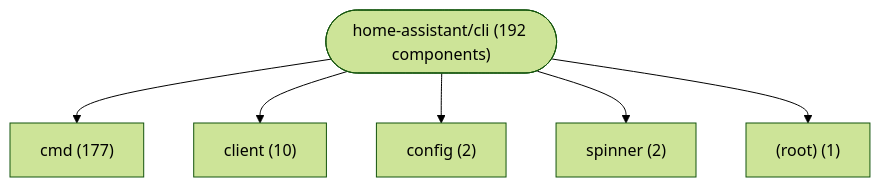
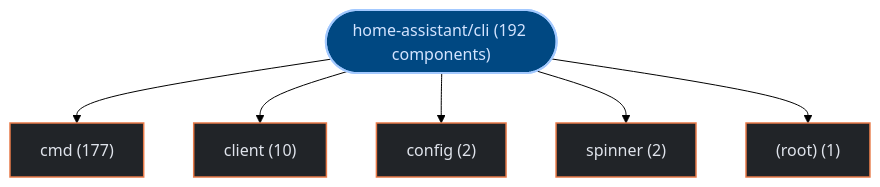
Before and after one commit to kumarshaz/atruss-code-atlas: the first of 3 diagrams in exports/latest/reports/home-assistant-cli-report.md, drawn with Mermaid (forest theme). The commit also changed other lines of this file and 331 other files, not shown here.

Commit message:
docs,ui,fix: update SDLC docs, reorder CI/CD DAG first, stylize Mermaid, and fix Arc42 pipeline topology

````diff
--- a/exports/latest/reports/home-assistant-cli-report.md
+++ b/exports/latest/reports/home-assistant-cli-report.md
@@ -42,14 +42,21 @@
 ```mermaid
 graph TD;
-    repo_root(["home-assistant/cli (192 components)"])
-    dir_0_cmd["cmd (177)"]
+  classDef atlasRoot fill:#004882,stroke:#a3c9ff,stroke-width:2px,color:#d3e4ff
+  classDef atlasCategory fill:#212428,stroke:#E87A48,stroke-width:1.5px,color:#dfe3eb
+  classDef atlasWorkflow fill:#1b2026,stroke:#a3c9ff,stroke-width:1.5px,color:#dfe3eb
+  classDef atlasJob fill:#171c22,stroke:#8d9199,stroke-width:1px,color:#dfe3eb
+  classDef atlasTarget fill:#005227,stroke:#8bd99b,stroke-width:1.5px,color:#a7f6b6
+  classDef atlasAlert fill:#93000a,stroke:#ffb4ab,stroke-width:1.5px,color:#ffdad6
+  classDef atlasMore fill:#252a31,stroke:#8d9199,stroke-dasharray:4 4,color:#c3c6cf
+    repo_root(["home-assistant/cli (192 components)"]):::atlasRoot
+    dir_0_cmd["cmd (177)"]:::atlasCategory
     repo_root --> dir_0_cmd
-    dir_1_client["client (10)"]
+    dir_1_client["client (10)"]:::atlasCategory
     repo_root --> dir_1_client
-    dir_2_config["config (2)"]
+    dir_2_config["config (2)"]:::atlasCategory
     repo_root --> dir_2_config
-    dir_3_spinner["spinner (2)"]
+    dir_3_spinner["spinner (2)"]:::atlasCategory
     repo_root --> dir_3_spinner
-    dir_4__root_["(root) (1)"]
+    dir_4__root_["(root) (1)"]:::atlasCategory
     repo_root --> dir_4__root_
 ```
````
